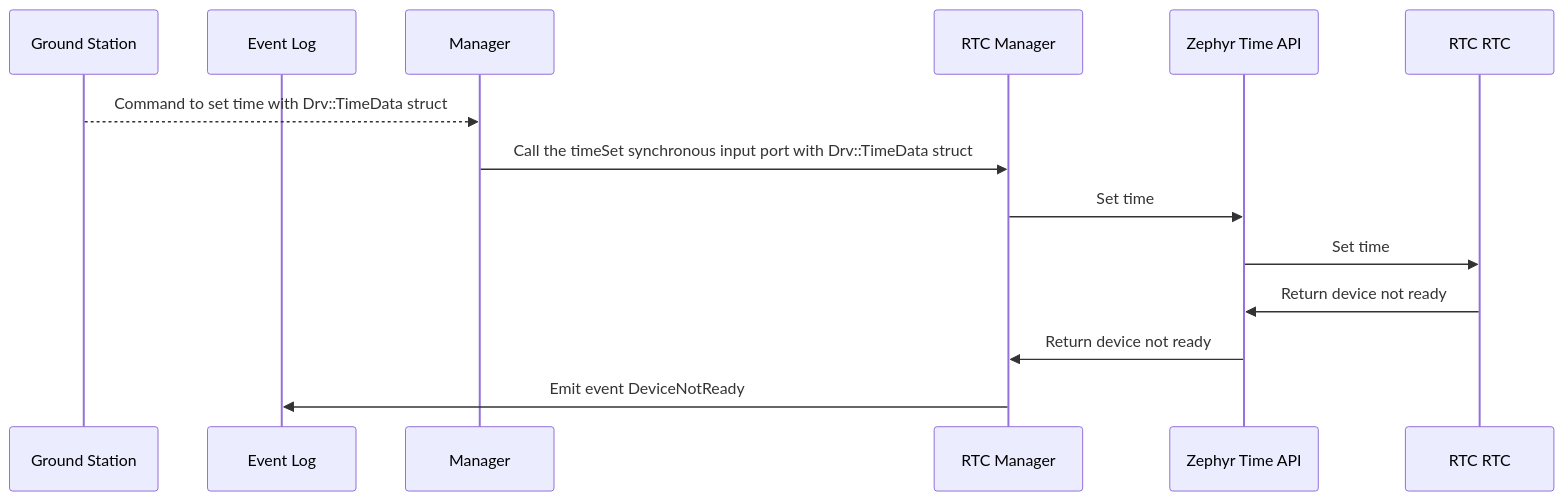
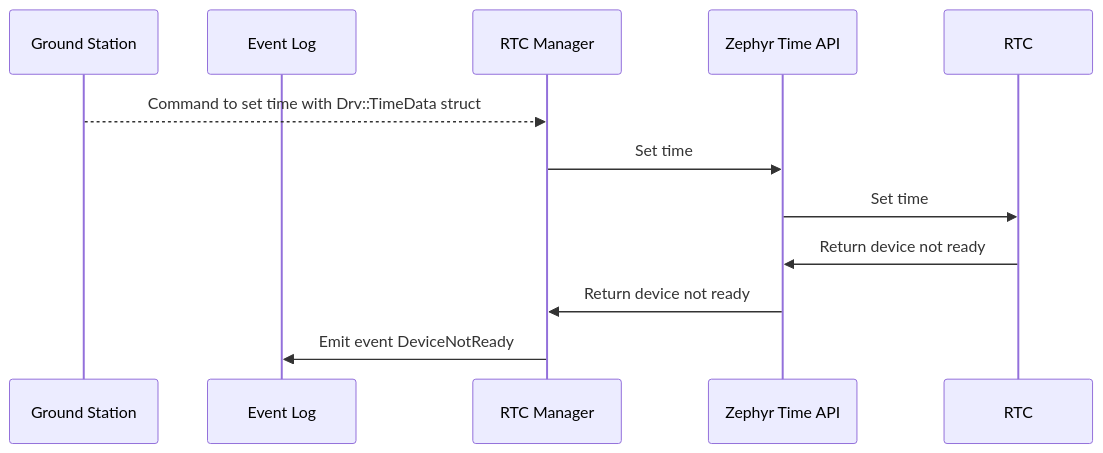
Before and after one commit to Open-Source-Space-Foundation/proves-core-reference: the fifth of 6 diagrams in FprimeZephyrReference/Components/Drv/RtcManager/docs/sdd.md, drawn with Mermaid. The commit also changed other lines of this file and 2 other files, not shown here.

Commit message:
Add command failure test

````diff
--- a/FprimeZephyrReference/Components/Drv/RtcManager/docs/sdd.md
+++ b/FprimeZephyrReference/Components/Drv/RtcManager/docs/sdd.md
@@ -166,16 +134,14 @@
 ```mermaid
 sequenceDiagram
     participant Ground Station
     participant Event Log
-    participant Manager
     participant RTC Manager
     participant Zephyr Time API
-    participant RTC RTC
-    Ground Station-->>Manager: Command to set time with Drv::TimeData struct
-    Manager->>RTC Manager: Call the timeSet synchronous input port with Drv::TimeData struct
+    participant RTC
+    Ground Station-->>RTC Manager: Command to set time with Drv::TimeData struct
     RTC Manager->>Zephyr Time API: Set time
-    Zephyr Time API->>RTC RTC: Set time
-    RTC RTC->>Zephyr Time API: Return device not ready
+    Zephyr Time API->>RTC: Set time
+    RTC->>Zephyr Time API: Return device not ready
     Zephyr Time API->>RTC Manager: Return device not ready
     RTC Manager->>Event Log: Emit event DeviceNotReady
 ```
````
